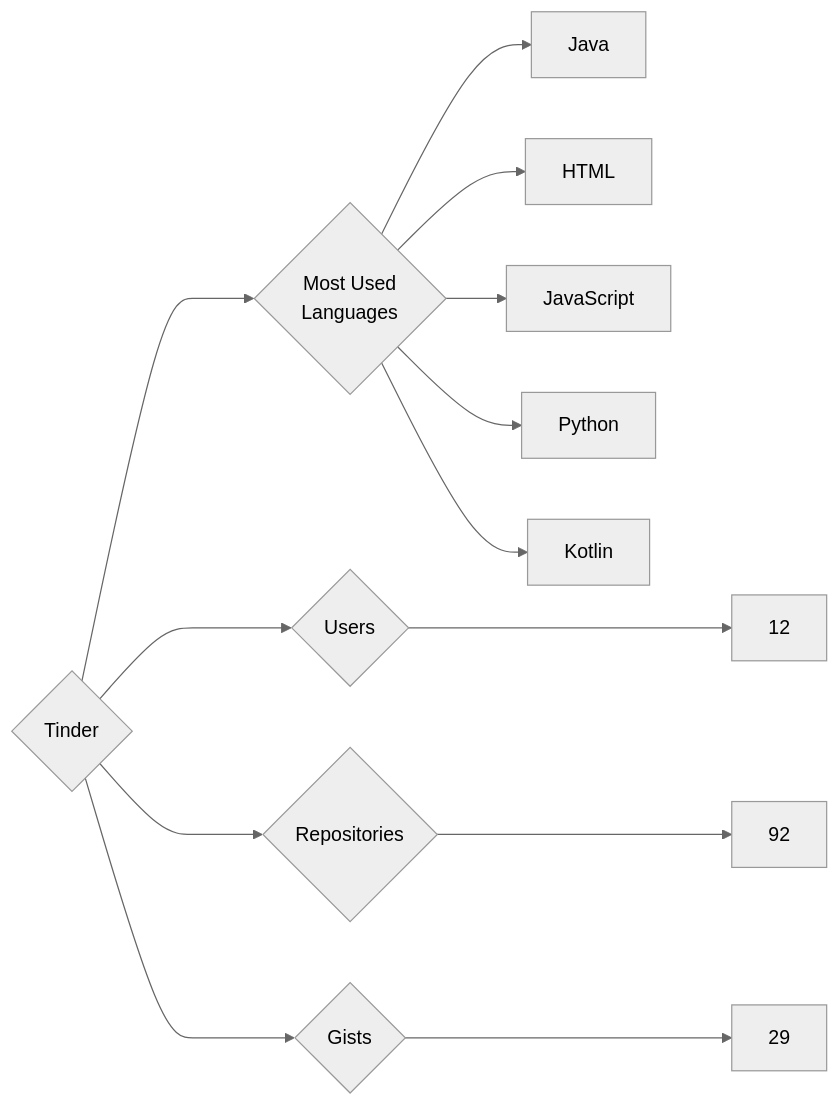
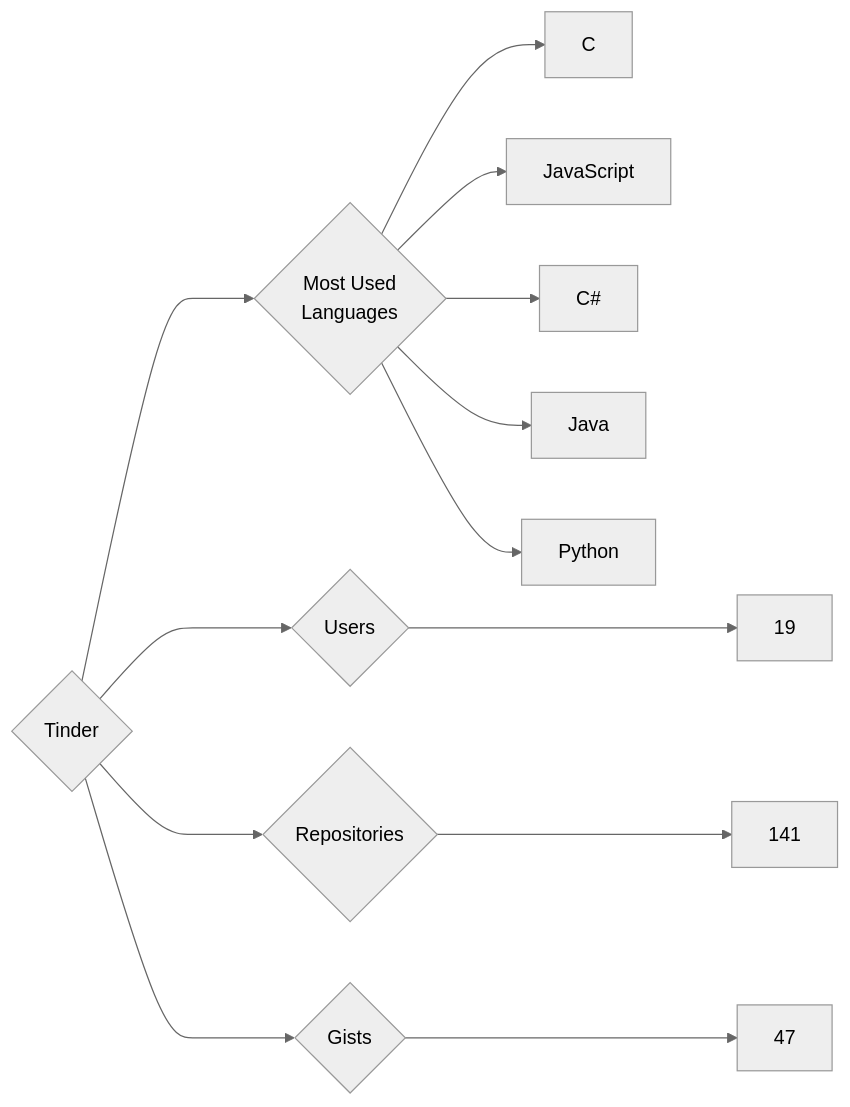
One commit to trickest/insiders changed the diagram in targets/Tinder/README.md. Above: the diagram before and after it, drawn with Mermaid (neutral theme). The commit also changed 787 other files, not shown here.

````diff
--- a/targets/Tinder/README.md
+++ b/targets/Tinder/README.md
@@ -3,13 +3,13 @@
 ```mermaid
 graph LR
 COMPANY_NAME{Tinder}
-COMPANY_NAME ---> U{Users} ---> UN[12]
-COMPANY_NAME ---> R{Repositories} ---> RN[92]
-COMPANY_NAME ---> G{Gists} ---> GN[29]
+COMPANY_NAME ---> U{Users} ---> UN[19]
+COMPANY_NAME ---> R{Repositories} ---> RN[141]
+COMPANY_NAME ---> G{Gists} ---> GN[47]
 COMPANY_NAME ---> ML{Most Used<br>Languages}
+ML --> C[C]
+ML --> JavaScript[JavaScript]
+ML --> C#[C#]
 ML --> Java[Java]
-ML --> HTML[HTML]
-ML --> JavaScript[JavaScript]
 ML --> Python[Python]
-ML --> Kotlin[Kotlin]
 ```
````
